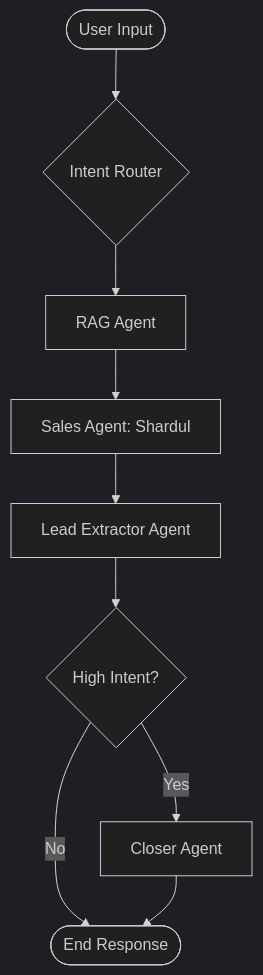
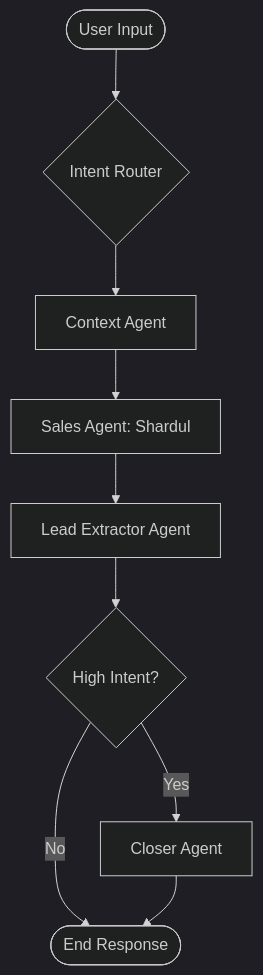
One commit to rohanjain1648/SEABREEZE-CHATBOT changed the diagram in README.md. Above: the diagram before and after it, drawn with Mermaid (dark theme). The commit also changed other lines of this file, not shown here.

````diff
--- a/README.md
+++ b/README.md
@@ -46,11 +47,11 @@
 ```mermaid
 graph TD
     User([User Input]) --> Router{Intent Router}
-    Router --> RAG[RAG Agent]
-    RAG --> Sales[Sales Agent: Shardul]
+    Router --> Context[Context Agent]
+    Context --> Sales[Sales Agent: Shardul]
     Sales --> Lead[Lead Extractor Agent]
     Lead --> IntentCheck{High Intent?}
     IntentCheck -- Yes --> Closer[Closer Agent]
     IntentCheck -- No --> End([End Response])
     Closer --> End
 ```
````
